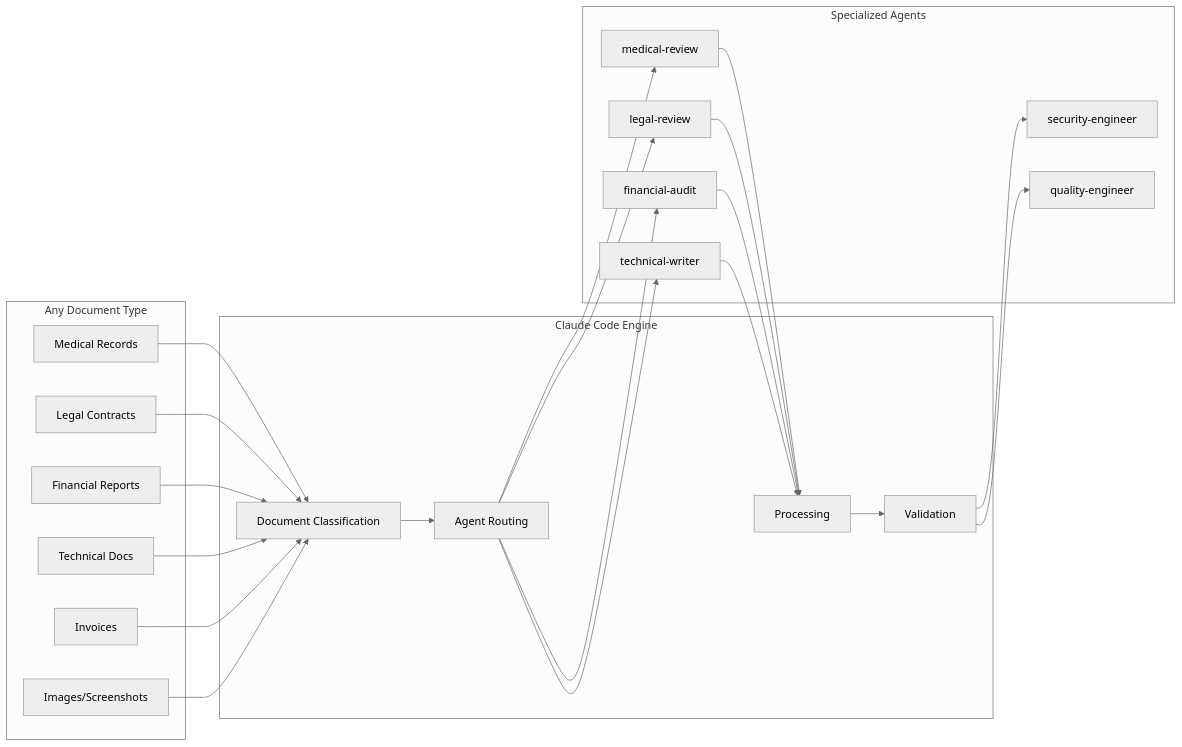
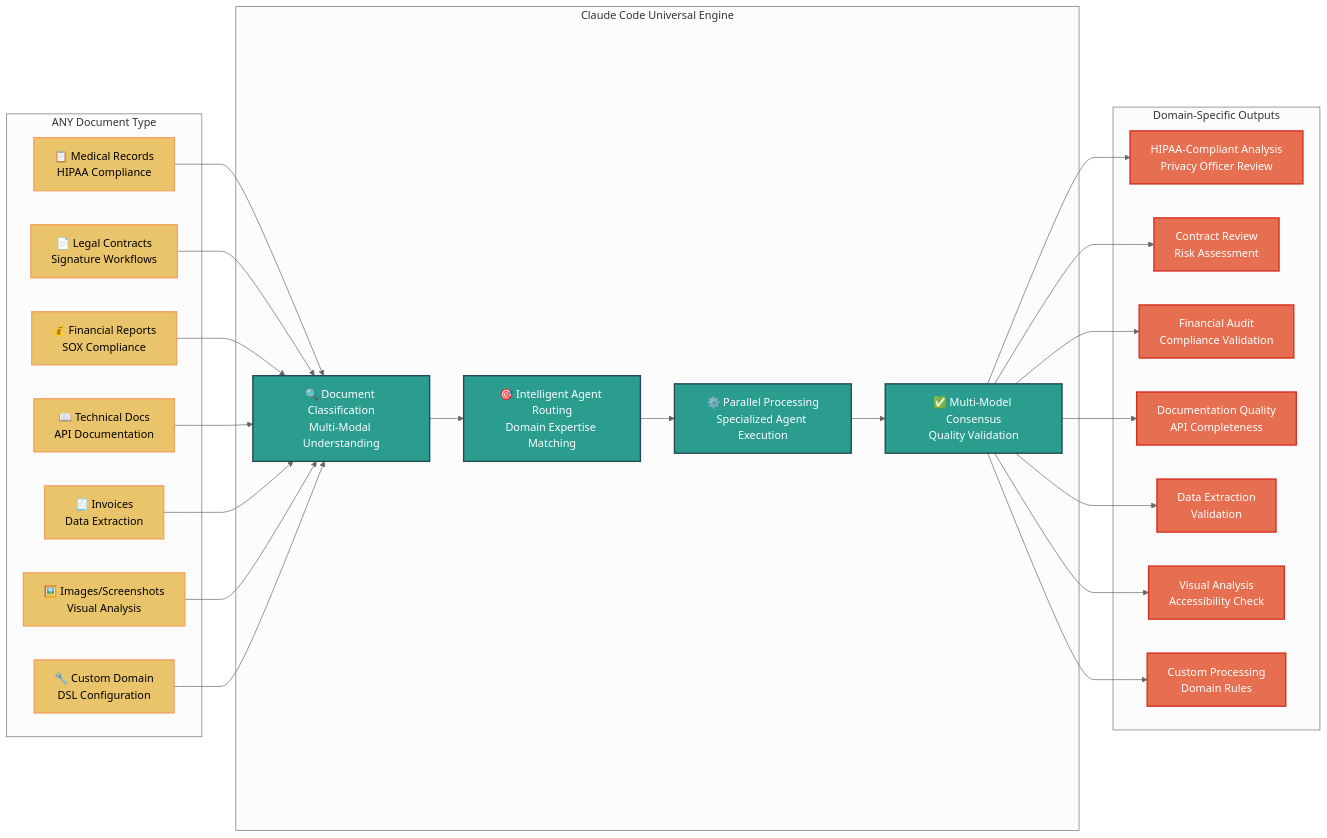
Before and after one commit to Tony363/DocAutomate: the second of 5 diagrams in README.md, drawn with Mermaid (neutral theme). The commit also changed other lines of this file and 3 other files, not shown here.

````diff
--- a/README.md
+++ b/README.md
@@ -158,49 +130,57 @@
 ```mermaid
 graph LR
-    subgraph "Any Document Type"
-        MED[Medical Records]
-        LEG[Legal Contracts]
-        FIN[Financial Reports]
-        TECH[Technical Docs]
-        INV[Invoices]
-        IMG[Images/Screenshots]
+    subgraph "ANY Document Type"
+        MED[📋 Medical Records<br/>HIPAA Compliance]
+        LEG[📄 Legal Contracts<br/>Signature Workflows]
+        FIN[💰 Financial Reports<br/>SOX Compliance]
+        TECH[📖 Technical Docs<br/>API Documentation]
+        INV[🧾 Invoices<br/>Data Extraction]
+        IMG[🖼️ Images/Screenshots<br/>Visual Analysis]
+        CUSTOM[🔧 Custom Domain<br/>DSL Configuration]
     end
 
-    subgraph "Claude Code Engine"
-        CLASS[Document Classification]
-        ROUTE[Agent Routing]
-        PROC[Processing]
-        VAL[Validation]
+    subgraph "Claude Code Universal Engine"
+        CLASSIFY[🔍 Document Classification<br/>Multi-Modal Understanding]
+        ROUTE[🎯 Intelligent Agent Routing<br/>Domain Expertise Matching]
+        PROCESS[⚙️ Parallel Processing<br/>Specialized Agent Execution]
+        VALIDATE[✅ Multi-Model Consensus<br/>Quality Validation]
     end
 
-    subgraph "Specialized Agents"
-        MEDA[medical-review]
-        LEGA[legal-review]
-        FINA[financial-audit]
-        TECHA[technical-writer]
-        SECA[security-engineer]
-        QUAL[quality-engineer]
+    subgraph "Domain-Specific Outputs"
+        MED_OUT[HIPAA-Compliant Analysis<br/>Privacy Officer Review]
+        LEG_OUT[Contract Review<br/>Risk Assessment]
+        FIN_OUT[Financial Audit<br/>Compliance Validation]
+        TECH_OUT[Documentation Quality<br/>API Completeness]
+        INV_OUT[Data Extraction<br/>Validation]
+        IMG_OUT[Visual Analysis<br/>Accessibility Check]
+        CUSTOM_OUT[Custom Processing<br/>Domain Rules]
     end
 
-    MED --> CLASS
-    LEG --> CLASS
-    FIN --> CLASS
-    TECH --> CLASS
-    INV --> CLASS
-    IMG --> CLASS
+    MED --> CLASSIFY
+    LEG --> CLASSIFY
+    FIN --> CLASSIFY
+    TECH --> CLASSIFY
+    INV --> CLASSIFY
+    IMG --> CLASSIFY
+    CUSTOM --> CLASSIFY
 
-    CLASS --> ROUTE
-    ROUTE --> MEDA
-    ROUTE --> LEGA
-    ROUTE --> FINA
-    ROUTE --> TECHA
-    
-    MEDA --> PROC
-    LEGA --> PROC
-    FINA --> PROC
-    TECHA --> PROC
-    
-    PROC --> VAL
-    VAL --> SECA
-    VAL --> QUAL
+    CLASSIFY --> ROUTE
+    ROUTE --> PROCESS
+    PROCESS --> VALIDATE
+
+    VALIDATE --> MED_OUT
+    VALIDATE --> LEG_OUT
+    VALIDATE --> FIN_OUT
+    VALIDATE --> TECH_OUT
+    VALIDATE --> INV_OUT
+    VALIDATE --> IMG_OUT
+    VALIDATE --> CUSTOM_OUT
+
+    classDef input fill:#e9c46a,stroke:#f4a261,stroke-width:2px,color:#000
+    classDef engine fill:#2a9d8f,stroke:#264653,stroke-width:2px,color:#fff
+    classDef output fill:#e76f51,stroke:#d62d20,stroke-width:2px,color:#fff
+
+    class MED,LEG,FIN,TECH,INV,IMG,CUSTOM input
+    class CLASSIFY,ROUTE,PROCESS,VALIDATE engine
+    class MED_OUT,LEG_OUT,FIN_OUT,TECH_OUT,INV_OUT,IMG_OUT,CUSTOM_OUT output
 ```
````
